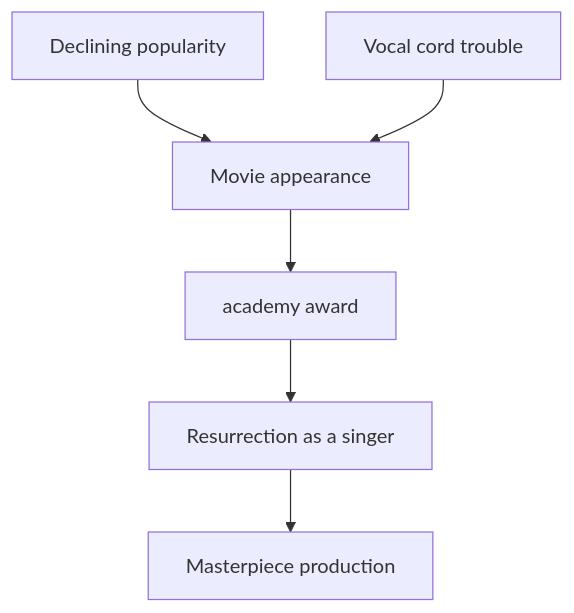
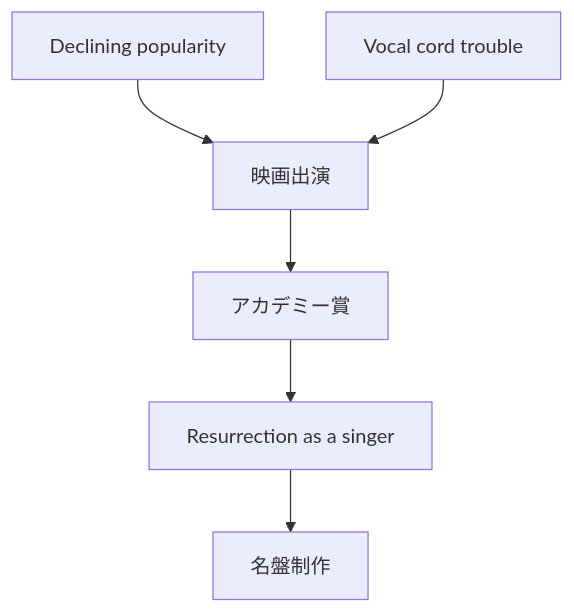
The third of 5 diagrams in en/_posts/2026-06-25-column-frank-sinatra.md (monumental-movement/monumental-movement.github.io), drawn with Mermaid before and after one commit. The commit also changed other lines of this file and 2196 other files, not shown here.

```diff
--- a/en/_posts/2026-06-25-column-frank-sinatra.md
+++ b/en/_posts/2026-06-25-column-frank-sinatra.md
@@ -323,16 +323,16 @@
 <div class="mermaid">
 flowchart TD
 A[Declining popularity]
 B[Vocal cord trouble]
-C[Movie appearance]
-D[academy award]
+C[映画出演]
+D[アカデミー賞]
 E[Resurrection as a singer]
-F[Masterpiece production]
+F[名盤制作]
 
 A --> C
 B --> C
 C --> D
 D --> E
 E --> F
 
 </div>
```
